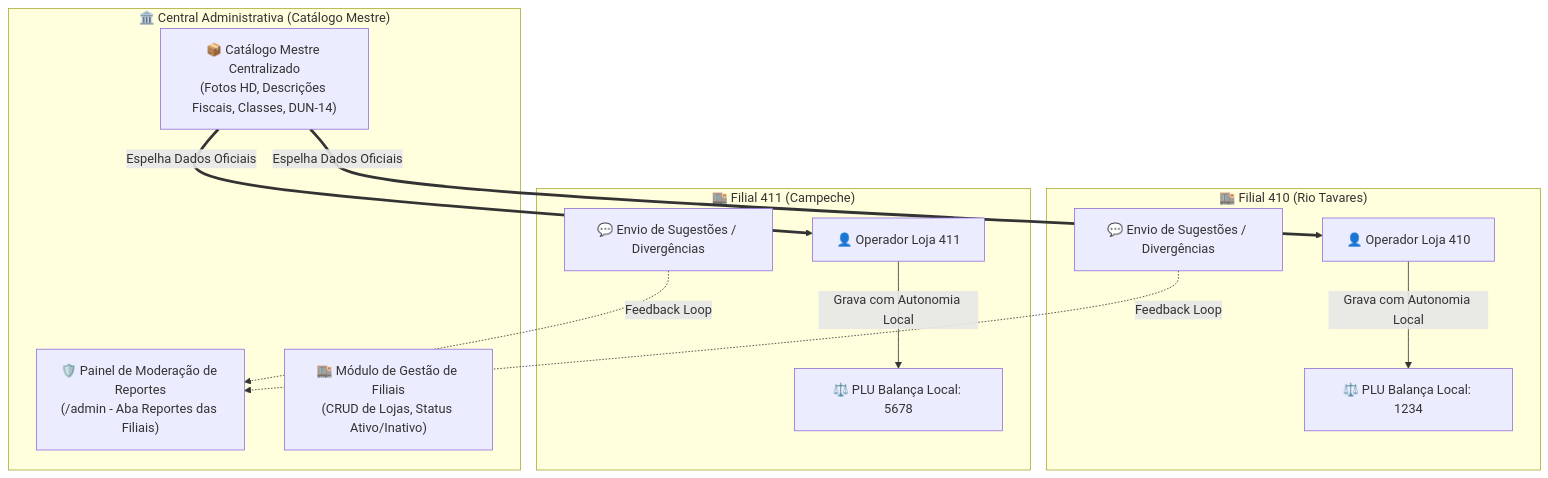
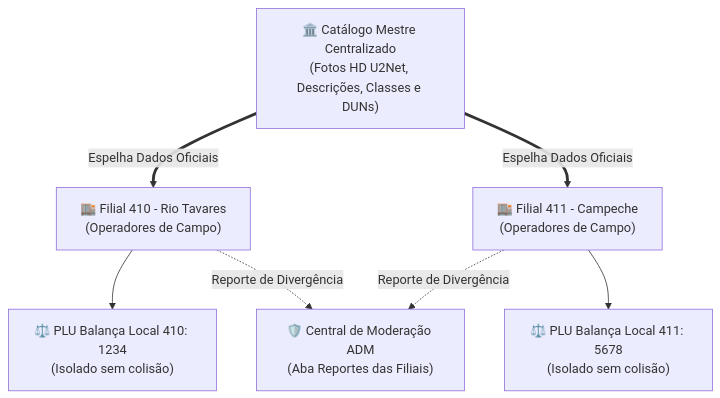
The first of 2 diagrams in docs/pwa-filiais-catalogo.md (NaejBarbosa/paletscan-etl), drawn with Mermaid before and after one commit. The commit also changed other lines of this file and 28 other files, not shown here.

Commit message:
docs: atualiza documentacao mkdocs com pontos criticos e diagramas verticalizados mobile

````diff
--- a/docs/pwa-filiais-catalogo.md
+++ b/docs/pwa-filiais-catalogo.md
@@ -11,29 +11,13 @@
 ```mermaid
 flowchart TD
-    subgraph CENTRAL["🏛️ Central Administrativa (Catálogo Mestre)"]
-        CAT_MESTRE["📦 Catálogo Mestre Centralizado\n(Fotos HD, Descrições Fiscais, Classes, DUN-14)"]
-        MOD_REPORTES["🛡️ Painel de Moderação de Reportes\n(/admin - Aba Reportes das Filiais)"]
-        GEST_FILIAIS["🏬 Módulo de Gestão de Filiais\n(CRUD de Lojas, Status Ativo/Inativo)"]
-    end
+    CAT_MESTRE["🏛️ Catálogo Mestre Centralizado\n(Fotos HD U2Net, Descrições, Classes e DUNs)"]
+    
+    CAT_MESTRE ==>|Espelha Dados Oficiais| L410["🏬 Filial 410 - Rio Tavares\n(Operadores de Campo)"]
+    CAT_MESTRE ==>|Espelha Dados Oficiais| L411["🏬 Filial 411 - Campeche\n(Operadores de Campo)"]
 
-    subgraph FILIAL_410["🏬 Filial 410 (Rio Tavares)"]
-        OP_410["👤 Operador Loja 410"]
-        BAL_410["⚖️ PLU Balança Local: 1234"]
-        REP_410["💬 Envio de Sugestões / Divergências"]
-    end
+    L410 --> BAL410["⚖️ PLU Balança Local 410: 1234\n(Isolado sem colisão)"]
+    L411 --> BAL411["⚖️ PLU Balança Local 411: 5678\n(Isolado sem colisão)"]
 
-    subgraph FILIAL_411["🏬 Filial 411 (Campeche)"]
-        OP_411["👤 Operador Loja 411"]
-        BAL_411["⚖️ PLU Balança Local: 5678"]
-        REP_411["💬 Envio de Sugestões / Divergências"]
-    end
-
-    CAT_MESTRE ==>|Espelha Dados Oficiais| OP_410
-    CAT_MESTRE ==>|Espelha Dados Oficiais| OP_411
-
-    OP_410 -->|Grava com Autonomia Local| BAL_410
-    OP_411 -->|Grava com Autonomia Local| BAL_411
-
-    REP_410 -.->|Feedback Loop| MOD_REPORTES
-    REP_411 -.->|Feedback Loop| MOD_REPORTES
+    L410 -.->|Reporte de Divergência| MOD["🛡️ Central de Moderação ADM\n(Aba Reportes das Filiais)"]
+    L411 -.->|Reporte de Divergência| MOD
 ```
````
